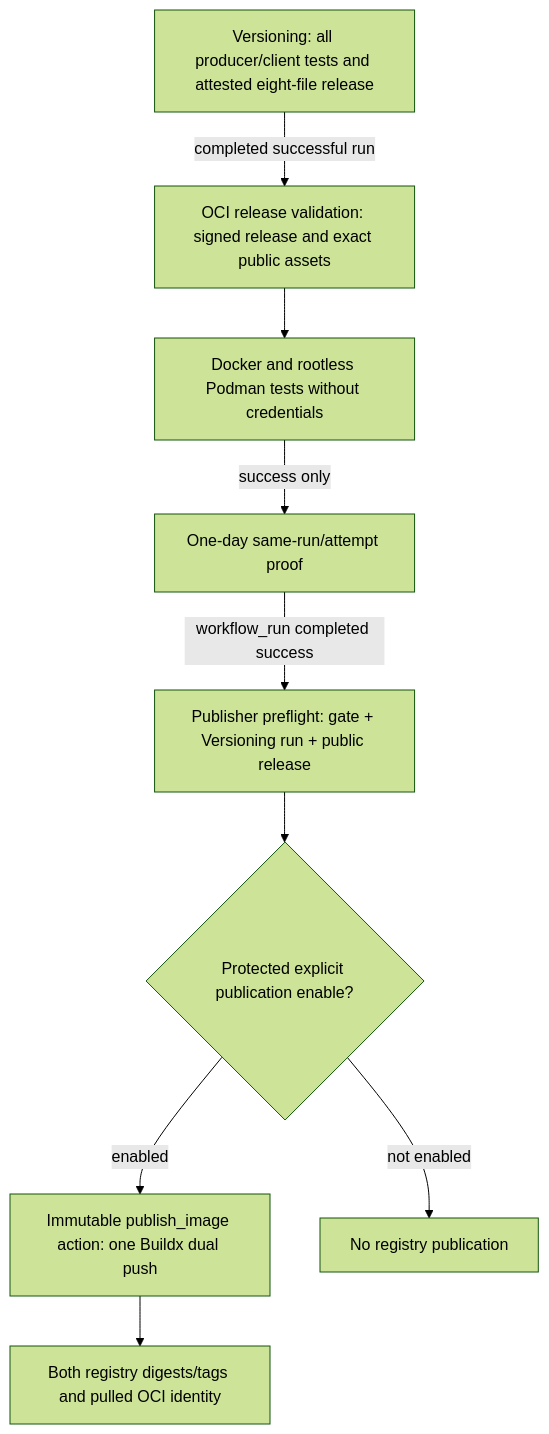
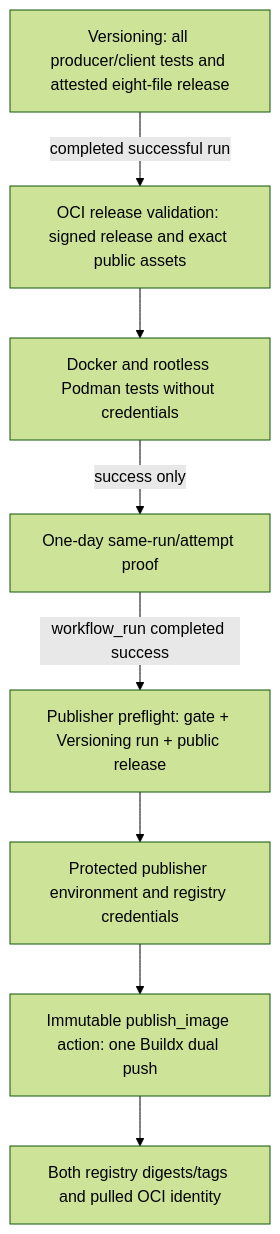
One commit to wesley-dean/certbotbot changed the diagram in doc/oci-publication-contract.md. Above: the diagram before and after it, drawn with Mermaid (forest theme). The commit also changed other lines of this file, not shown here.

Commit message:
docs(oci): remove unexpected publication switch from operator instructions (#165)

````diff
--- a/doc/oci-publication-contract.md
+++ b/doc/oci-publication-contract.md
@@ -13,19 +13,16 @@
 ```mermaid
 flowchart TD
   versioning[Versioning: all producer/client tests and attested eight-file release]
   gate[OCI release validation: signed release and exact public assets]
   engines[Docker and rootless Podman tests without credentials]
   proof[One-day same-run/attempt proof]
   verify[Publisher preflight: gate + Versioning run + public release]
-  opt{Protected explicit publication enable?}
+  environment[Protected publisher environment and registry credentials]
   action[Immutable publish_image action: one Buildx dual push]
   check[Both registry digests/tags and pulled OCI identity]
-  stopped[No registry publication]
 
   versioning -->|completed successful run| gate --> engines
   engines -->|success only| proof
   proof -->|workflow_run completed success| verify
-  verify --> opt
-  opt -->|not enabled| stopped
-  opt -->|enabled| action --> check
+  verify --> environment --> action --> check
 ```
````
